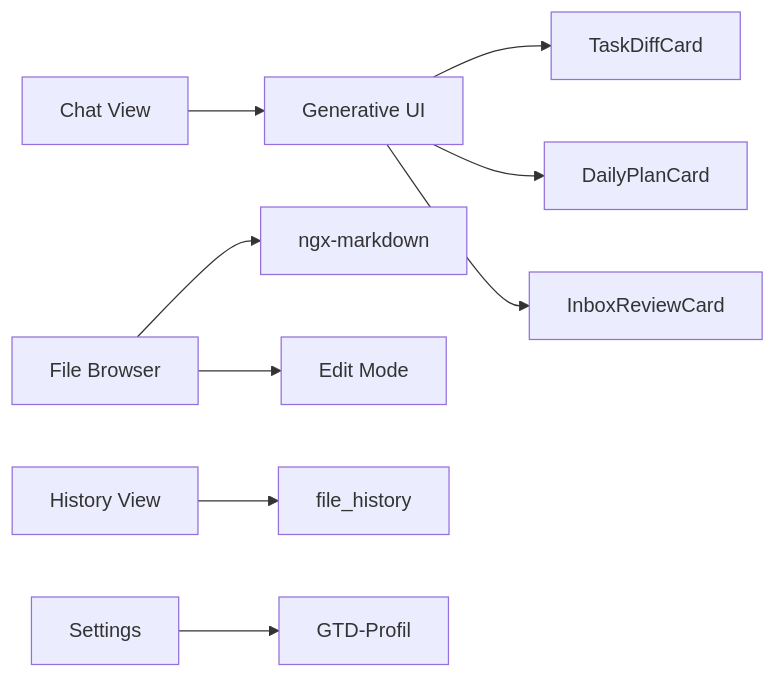
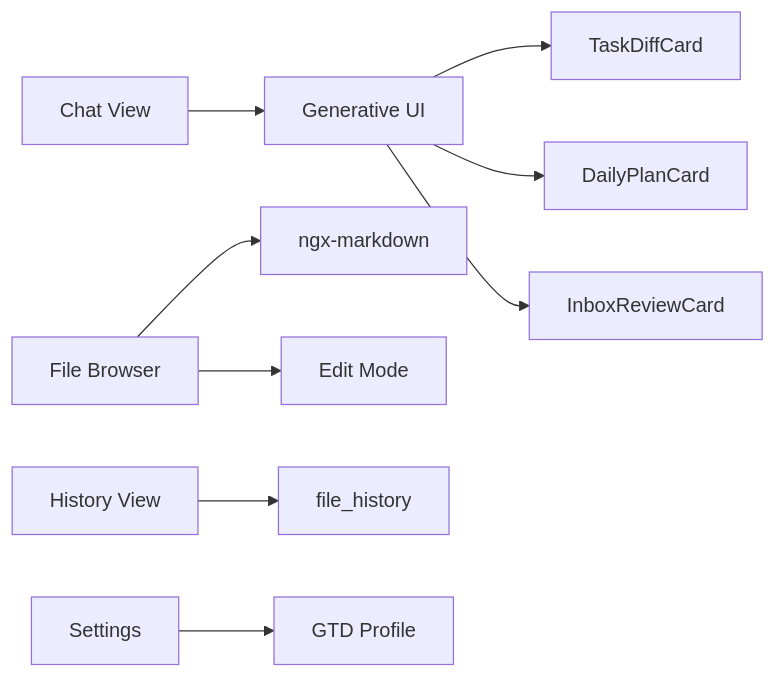
The third of 6 diagrams in docs/specs/architecture.md (lutzleonhardt/keppt-app), drawn with Mermaid before and after one commit. The commit also changed other lines of this file and 3 other files, not shown here.

````diff
--- a/docs/specs/architecture.md
+++ b/docs/specs/architecture.md
@@ -46,11 +46,11 @@
 ```mermaid
 graph LR
     Chat[Chat View] --> Hashbrown[Generative UI]
     Hashbrown --> TaskDiff[TaskDiffCard]
     Hashbrown --> DailyPlan[DailyPlanCard]
     Hashbrown --> InboxReview[InboxReviewCard]
     Files[File Browser] --> Markdown[ngx-markdown]
     Files --> Editor[Edit Mode]
     History[History View] --> FileHistory[file_history]
-    Settings[Settings] --> Profile[GTD-Profil]
+    Settings[Settings] --> Profile[GTD Profile]
 ```
````
